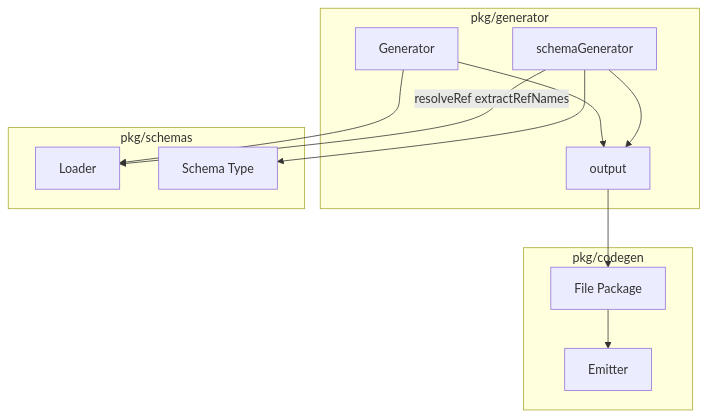
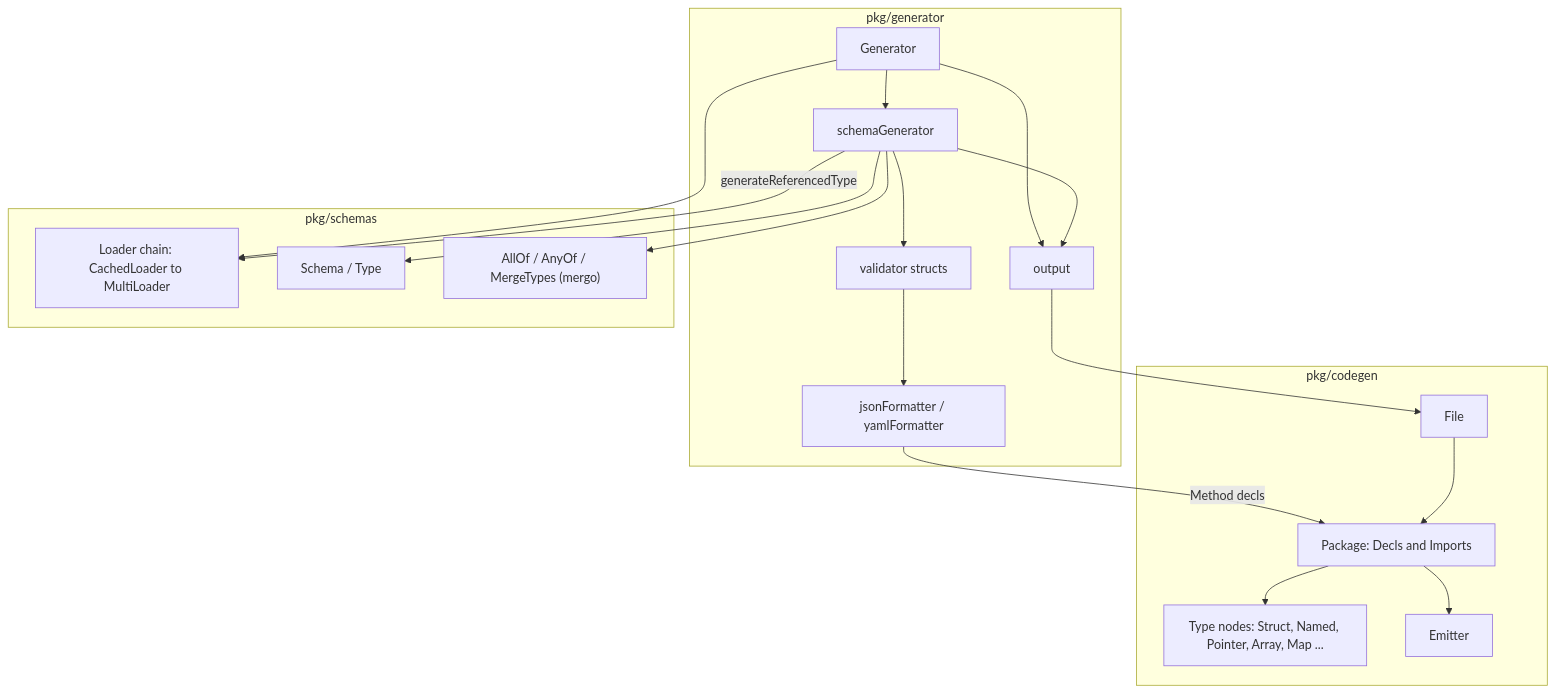
One commit to goddtriffin/json-schema-rs changed the second of 2 diagrams in research/reports/go/omissis-go-jsonschema.md. Above: the diagram before and after it, drawn with Mermaid. The commit also changed other lines of this file and 51 other files, not shown here.

````diff
--- a/research/reports/go/omissis-go-jsonschema.md
+++ b/research/reports/go/omissis-go-jsonschema.md
@@ -130,23 +138,35 @@
 ```mermaid
 flowchart TB
-  subgraph genPkg [pkg/generator]
+  subgraph genPkg ["pkg/generator"]
     Generator[Generator]
     SchemaGen[schemaGenerator]
     Output[output]
+    Validators["validator structs"]
+    Formatters["jsonFormatter / yamlFormatter"]
   end
-  subgraph schemasPkg [pkg/schemas]
-    Loader[Loader]
-    Schema[Schema Type]
+  subgraph schemasPkg ["pkg/schemas"]
+    Loader["Loader chain: CachedLoader to MultiLoader"]
+    Schema["Schema / Type"]
+    Merge["AllOf / AnyOf / MergeTypes (mergo)"]
   end
-  subgraph codegenPkg [pkg/codegen]
-    File[File Package]
+  subgraph codegenPkg ["pkg/codegen"]
+    File[File]
+    Package["Package: Decls and Imports"]
+    TypeNodes["Type nodes: Struct, Named, Pointer, Array, Map ..."]
     Emitter[Emitter]
   end
   Generator --> Loader
   Generator --> Output
+  Generator --> SchemaGen
   SchemaGen --> Schema
+  SchemaGen --> Merge
   SchemaGen --> Output
+  SchemaGen --> Validators
+  Validators --> Formatters
+  Formatters -->|"Method decls"| Package
   Output --> File
-  File --> Emitter
-  SchemaGen -->|"resolveRef extractRefNames"| Loader
+  File --> Package
+  Package --> TypeNodes
+  Package --> Emitter
+  SchemaGen -->|"generateReferencedType"| Loader
 ```
````
